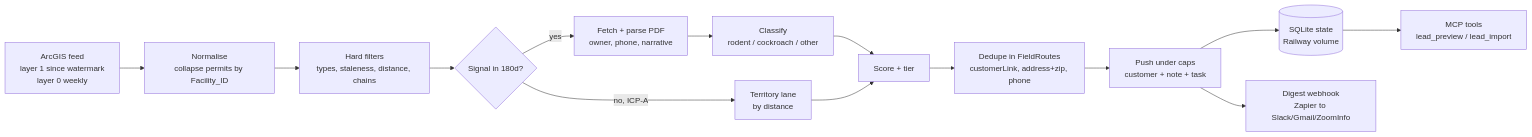
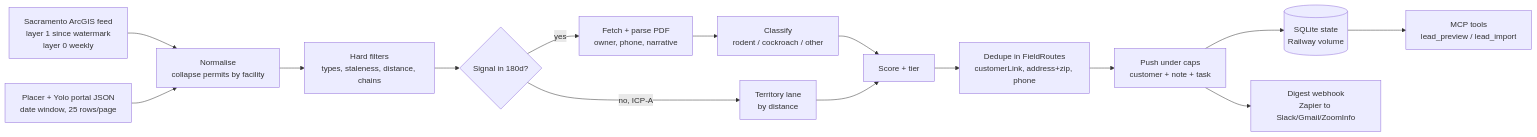
One commit to lcu123/Main changed the diagram in docs/lead-scraper-plan.md. Above: the diagram before and after it, drawn with Mermaid. The commit also changed other lines of this file, not shown here.

First line of the commit message:
Extend lead scraper plan to Placer and Yolo counties

````diff
--- a/docs/lead-scraper-plan.md
+++ b/docs/lead-scraper-plan.md
@@ -131,16 +154,17 @@
 ```mermaid
 flowchart LR
-  A[ArcGIS feed<br/>layer 1 since watermark<br/>layer 0 weekly] --> B[Normalise<br/>collapse permits by Facility_ID]
+  A[Sacramento ArcGIS feed<br/>layer 1 since watermark<br/>layer 0 weekly] --> B[Normalise<br/>collapse permits by facility]
+  A2[Placer + Yolo portal JSON<br/>date window, 25 rows/page] --> B
   B --> C[Hard filters<br/>types, staleness, distance, chains]
   C --> D{Signal in 180d?}
   D -- yes --> E[Fetch + parse PDF<br/>owner, phone, narrative]
   E --> F[Classify<br/>rodent / cockroach / other]
   F --> G[Score + tier]
   D -- no, ICP-A --> H[Territory lane<br/>by distance]
   H --> G
   G --> I[Dedupe in FieldRoutes<br/>customerLink, address+zip, phone]
   I --> J[Push under caps<br/>customer + note + task]
   J --> K[(SQLite state<br/>Railway volume)]
   J --> L[Digest webhook<br/>Zapier to Slack/Gmail/ZoomInfo]
   K --> M[MCP tools<br/>lead_preview / lead_import]
 ```
````
